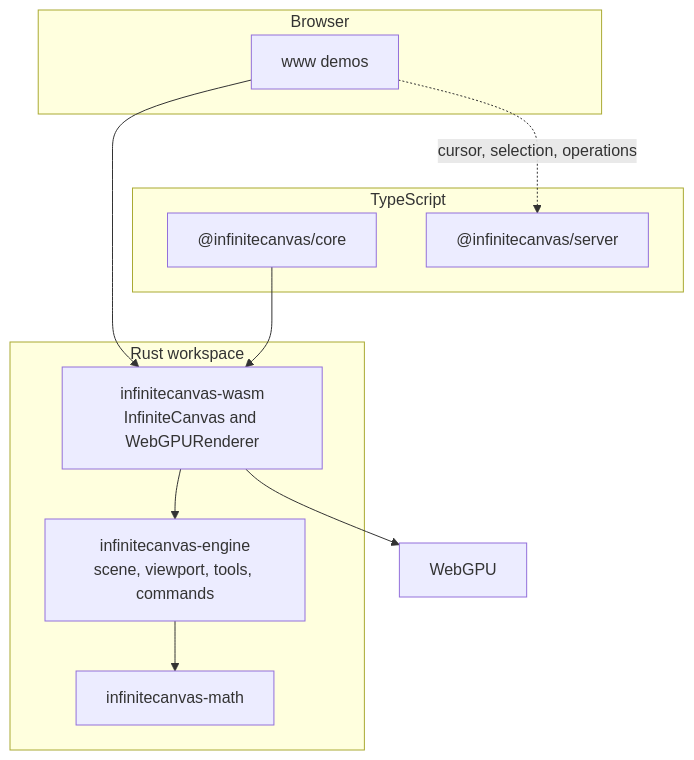
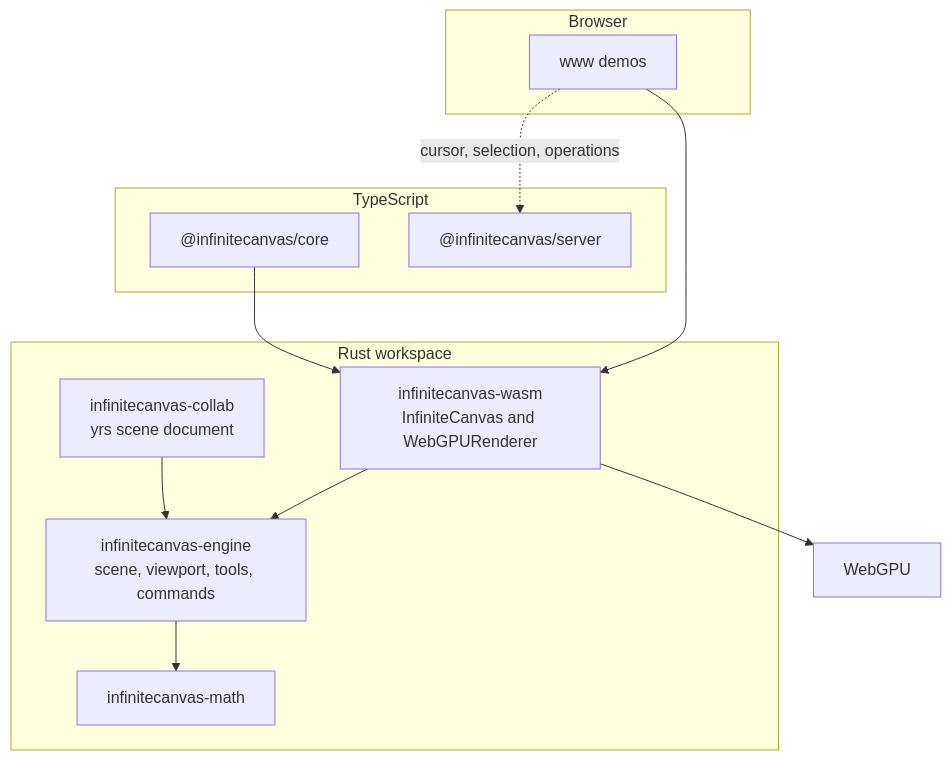
Before and after one commit to shinjiyu/infinitecanvas_engine: the diagram in README.md, drawn with Mermaid. The commit also changed other lines of this file and 13 other files, not shown here.

````diff
--- a/README.md
+++ b/README.md
@@ -72,23 +100,25 @@
 ```mermaid
 flowchart TB
   subgraph pages [Browser]
     www["www demos"]
   end
   subgraph ts [TypeScript]
     core["@infinitecanvas/core"]
     server["@infinitecanvas/server"]
   end
   subgraph rust [Rust workspace]
     wasm["infinitecanvas-wasm<br/>InfiniteCanvas and WebGPURenderer"]
     engine["infinitecanvas-engine<br/>scene, viewport, tools, commands"]
     math["infinitecanvas-math"]
+    collab["infinitecanvas-collab<br/>yrs scene document"]
   end
   gpu[WebGPU]
 
   www --> wasm
   core --> wasm
   www -. "cursor, selection, operations" .-> server
   wasm --> engine
   engine --> math
+  collab --> engine
   wasm --> gpu
 ```
````
